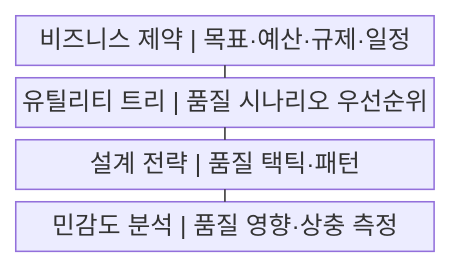
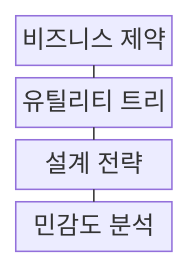
Before and after one commit to agnusdei1207/knowledge-base: the first of 2 diagrams in src/content/docs/notes/03-software/221_architecture_quality_tradeoff.md, drawn with Mermaid. The commit also changed other lines of this file and 238 other files, not shown here.

````diff
--- a/src/content/docs/notes/03-software/221_architecture_quality_tradeoff.md
+++ b/src/content/docs/notes/03-software/221_architecture_quality_tradeoff.md
@@ -54,11 +54,11 @@
 ```mermaid
-block
+block-beta
     columns 1
-    A["비즈니스 제약 | 목표·예산·규제·일정"]
-    B["유틸리티 트리 | 품질 시나리오 우선순위"]
-    C["설계 전략 | 품질 택틱·패턴"]
-    D["민감도 분석 | 품질 영향·상충 측정"]
+    A["비즈니스 제약"]
+    B["유틸리티 트리"]
+    C["설계 전략"]
+    D["민감도 분석"]
     A --- B
     B --- C
     C --- D
 ```
````
